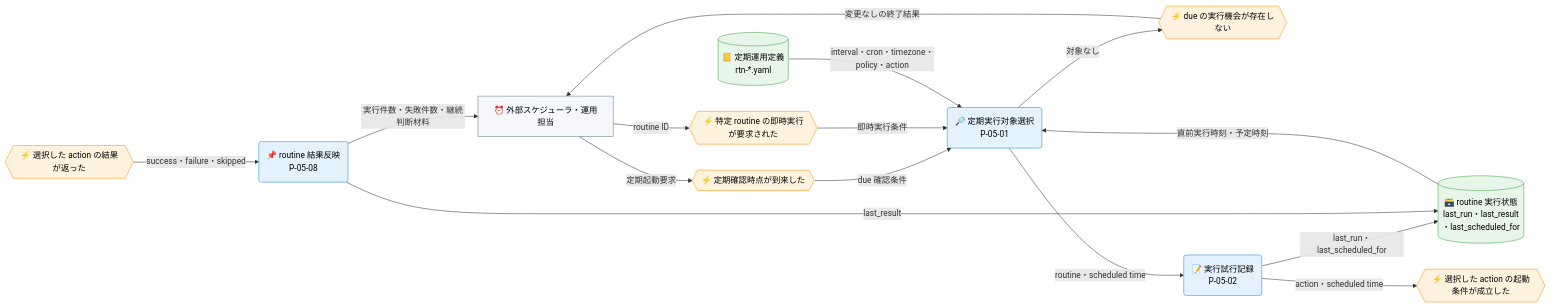
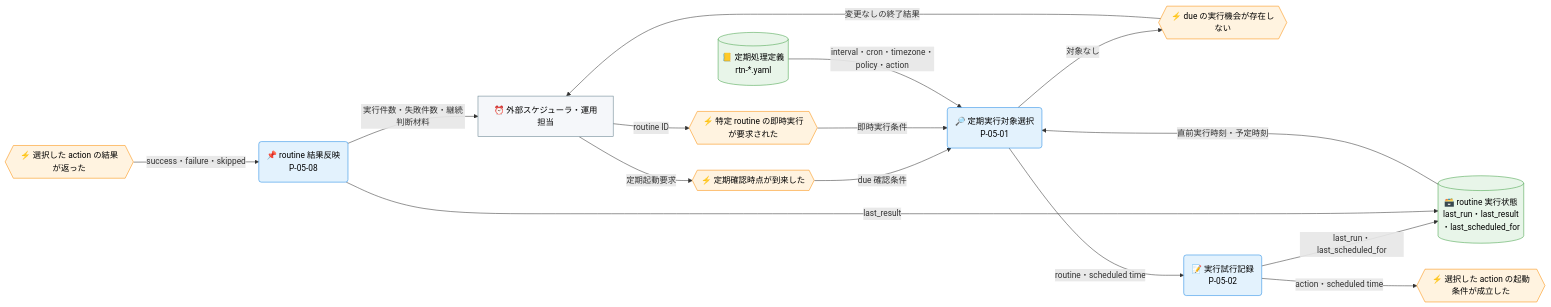
One commit to specdojo/specdojo changed the first of 3 diagrams in docs/ja/product/010-business-specs/010-data-flow/cdfd-routine.md. Above: the diagram before and after it, drawn with Mermaid. The commit also changed other lines of this file and 18 other files, not shown here.

First line of the commit message:
exec(T-DATA-FLOW-cdfd-overview-140): finalize cdfd-overview bootstrap

````diff
--- a/docs/ja/product/010-business-specs/010-data-flow/cdfd-routine.md
+++ b/docs/ja/product/010-business-specs/010-data-flow/cdfd-routine.md
@@ -74,42 +74,42 @@
 ```mermaid
 flowchart LR
   classDef process fill:#e3f2fd,stroke:#1e88e5,color:#000
   classDef event fill:#fff3e0,stroke:#fb8c00,color:#000
   classDef store fill:#e8f5e9,stroke:#43a047,color:#000
   classDef actor fill:#f5f7fa,stroke:#607d8b,color:#000
 
   外部起動者["⏰ 外部スケジューラ・運用担当"]
 
   定期確認時点{{"⚡ 定期確認時点が到来した"}}
   即時実行要求{{"⚡ 特定 routine の即時実行が要求された"}}
   対象なし{{"⚡ due の実行機会が存在しない"}}
   action起動{{"⚡ 選択した action の起動条件が成立した"}}
   action結果返却{{"⚡ 選択した action の結果が返った"}}
 
   定期実行対象選択("🔎 定期実行対象選択<br>P-05-01")
   実行試行記録("📝 実行試行記録<br>P-05-02")
   routine結果反映("📌 routine 結果反映<br>P-05-08")
 
-  定期運用定義[("📒 定期運用定義<br>rtn-*.yaml")]
+  定期処理定義[("📒 定期処理定義<br>rtn-*.yaml")]
   routine実行状態[("🗃️ routine 実行状態<br>last_run・last_result<br>・last_scheduled_for")]
 
   外部起動者 -->|"定期起動要求"| 定期確認時点
   外部起動者 -->|"routine ID"| 即時実行要求
   定期確認時点 -->|"due 確認条件"| 定期実行対象選択
   即時実行要求 -->|"即時実行条件"| 定期実行対象選択
-  定期運用定義 -->|"interval・cron・timezone・policy・action"| 定期実行対象選択
+  定期処理定義 -->|"interval・cron・timezone・policy・action"| 定期実行対象選択
   routine実行状態 -->|"直前実行時刻・予定時刻"| 定期実行対象選択
   定期実行対象選択 -->|"対象なし"| 対象なし
   対象なし -->|"変更なしの終了結果"| 外部起動者
   定期実行対象選択 -->|"routine・scheduled time"| 実行試行記録
   実行試行記録 -->|"last_run・last_scheduled_for"| routine実行状態
   実行試行記録 -->|"action・scheduled time"| action起動
   action結果返却 -->|"success・failure・skipped"| routine結果反映
   routine結果反映 -->|"last_result"| routine実行状態
   routine結果反映 -->|"実行件数・失敗件数・継続判断材料"| 外部起動者
 
   class 定期実行対象選択,実行試行記録,routine結果反映 process
   class 定期確認時点,即時実行要求,対象なし,action起動,action結果返却 event
-  class 定期運用定義,routine実行状態 store
+  class 定期処理定義,routine実行状態 store
   class 外部起動者 actor
 ```
````
